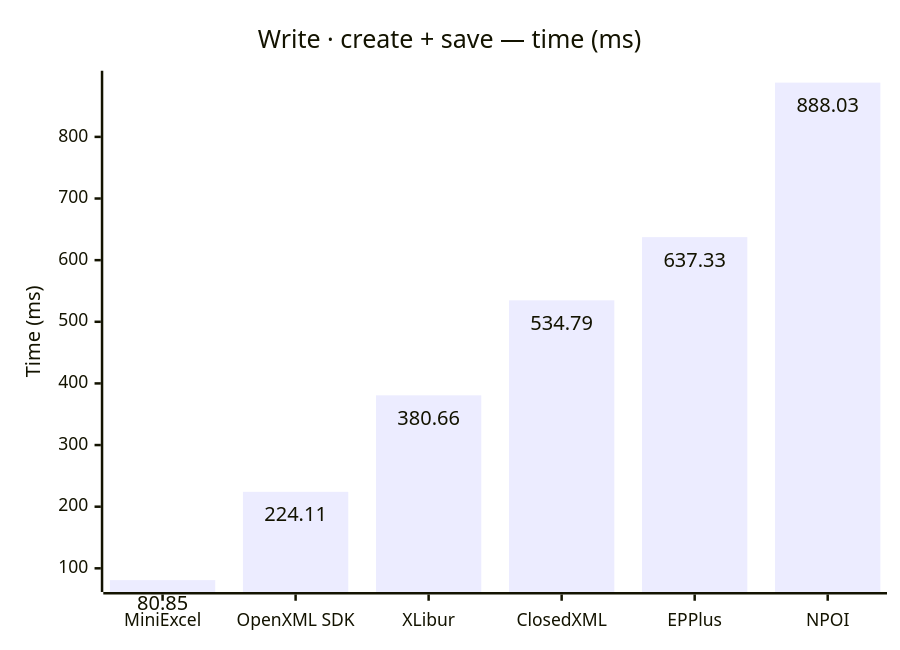
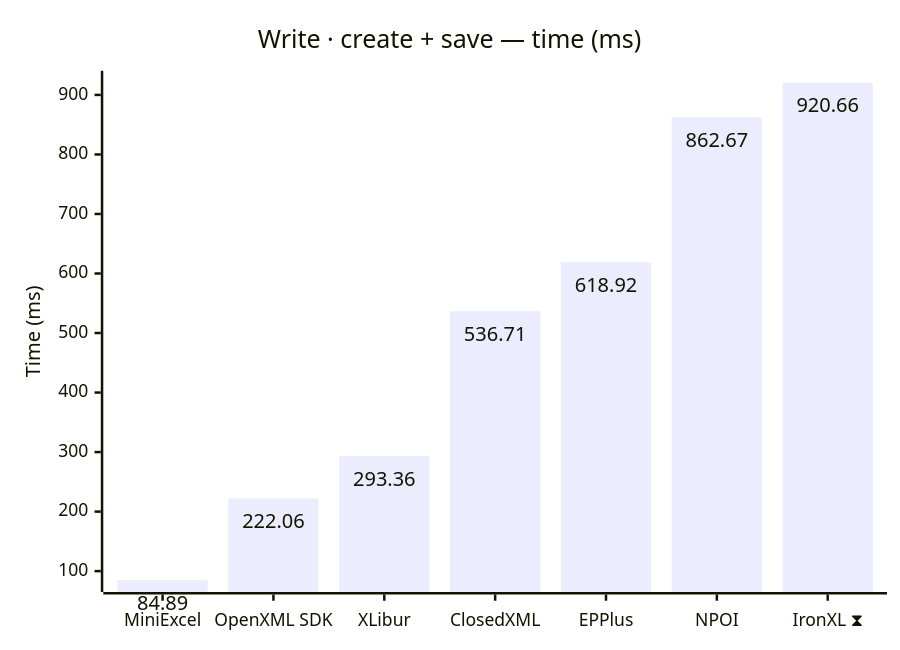
The fifth of 10 diagrams in docs/results-ci.md (jafin/XLBench), drawn with Mermaid before and after one commit. The commit also changed other lines of this file, not shown here.

````diff
--- a/docs/results-ci.md
+++ b/docs/results-ci.md
@@ -88,12 +93,12 @@
 ```mermaid
 ---
 config:
   xyChart:
     showDataLabel: true
 ---
 xychart-beta
     title "Write · create + save — time (ms)"
-    x-axis ["MiniExcel", "OpenXML SDK", "XLibur", "ClosedXML", "EPPlus", "NPOI"]
+    x-axis ["MiniExcel", "OpenXML SDK", "XLibur", "ClosedXML", "EPPlus", "NPOI", "IronXL ⧗"]
     y-axis "Time (ms)"
-    bar [80.85, 224.11, 380.66, 534.79, 637.33, 888.03]
+    bar [84.89, 222.06, 293.36, 536.71, 618.92, 862.67, 920.66]
 ```
````
